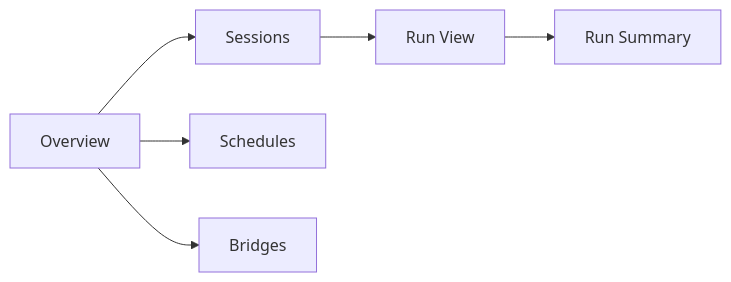
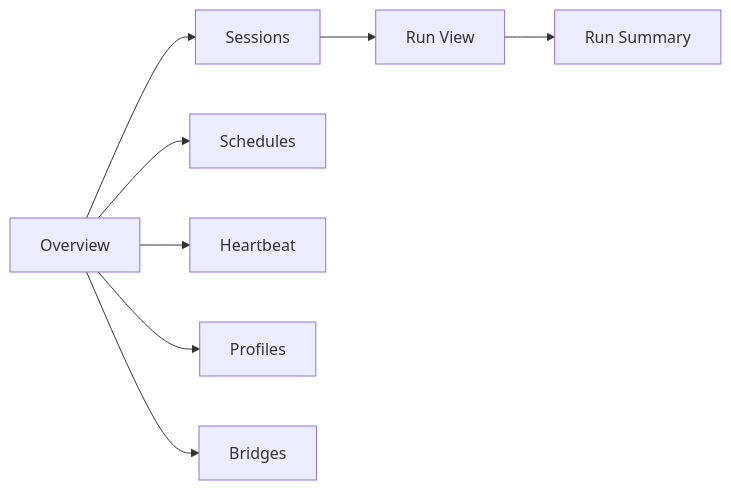
Before and after one commit to Wh1isper/ya-mono: the first of 2 diagrams in packages/ya-claw/spec/05-web-ui-and-operations.md, drawn with Mermaid. The commit also changed other lines of this file and 31 other files, not shown here.

````diff
--- a/packages/ya-claw/spec/05-web-ui-and-operations.md
+++ b/packages/ya-claw/spec/05-web-ui-and-operations.md
@@ -25,8 +24,10 @@
 ```mermaid
 flowchart LR
     HOME[Overview] --> SS[Sessions]
     HOME --> SC[Schedules]
+    HOME --> HB[Heartbeat]
+    HOME --> PF[Profiles]
     HOME --> BR[Bridges]
     SS --> RV[Run View]
     RV --> RS[Run Summary]
 ```
````
